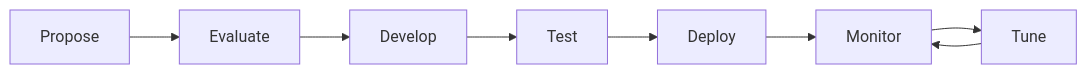
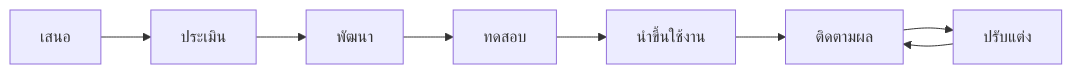
One commit to nutthakorn7/SOC-SOP changed the diagram in 01_SOC_Fundamentals/Use_Case_Prioritization.th.md. Above: the diagram before and after it, drawn with Mermaid. The commit also changed other lines of this file and 5 other files, not shown here.

````diff
--- a/01_SOC_Fundamentals/Use_Case_Prioritization.th.md
+++ b/01_SOC_Fundamentals/Use_Case_Prioritization.th.md
@@ -169,10 +169,10 @@
 ```mermaid
 flowchart LR
-    A[Propose] --> B[Evaluate]
-    B --> C[Develop]
-    C --> D[Test]
-    D --> E[Deploy]
-    E --> F[Monitor]
-    F --> G[Tune]
+    A[เสนอ] --> B[ประเมิน]
+    B --> C[พัฒนา]
+    C --> D[ทดสอบ]
+    D --> E[นำขึ้นใช้งาน]
+    E --> F[ติดตามผล]
+    F --> G[ปรับแต่ง]
     G --> F
 ```
````
